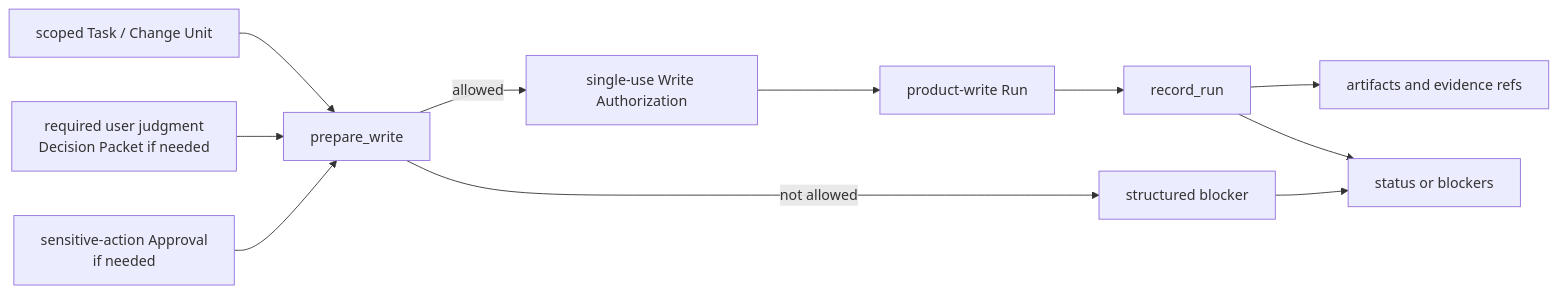
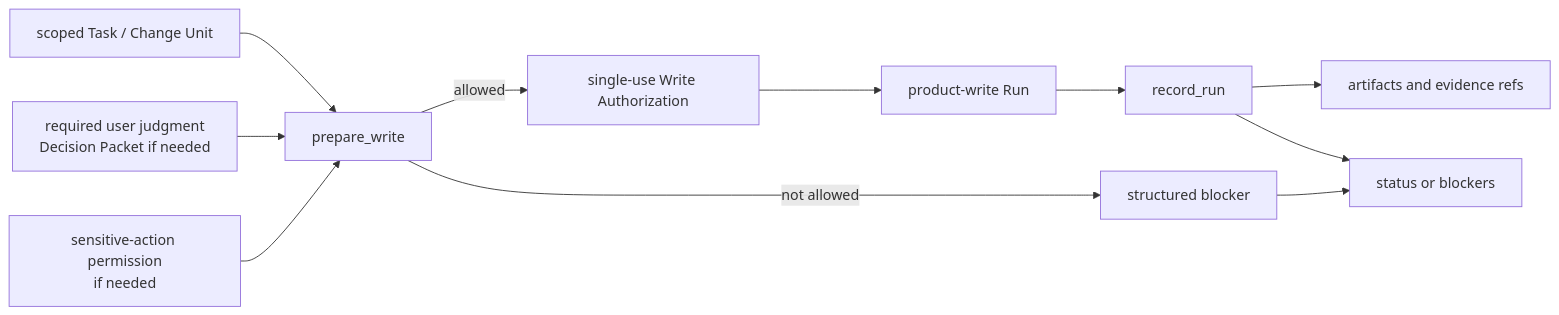
One commit to minjungw00/Harness_Project changed the second of 3 diagrams in docs/en/reference/kernel.md. Above: the diagram before and after it, drawn with Mermaid. The commit also changed other lines of this file and 45 other files, not shown here.

Commit message:
docs: align sensitive-action approval staging

````diff
--- a/docs/en/reference/kernel.md
+++ b/docs/en/reference/kernel.md
@@ -565,13 +565,13 @@
 ```mermaid
 flowchart LR
   Scope["scoped Task / Change Unit"] --> Prepare["prepare_write"]
   Judgment["required user judgment<br/>Decision Packet if needed"] --> Prepare
-  Approval["sensitive-action Approval<br/>if needed"] --> Prepare
+  Approval["sensitive-action permission<br/>if needed"] --> Prepare
   Prepare -->|allowed| Auth["single-use Write Authorization"]
   Prepare -->|not allowed| Blocker["structured blocker"]
   Auth --> Run["product-write Run"]
   Run --> Record["record_run"]
   Record --> Artifacts["artifacts and evidence refs"]
   Record --> Status["status or blockers"]
   Blocker --> Status
 ```
````
